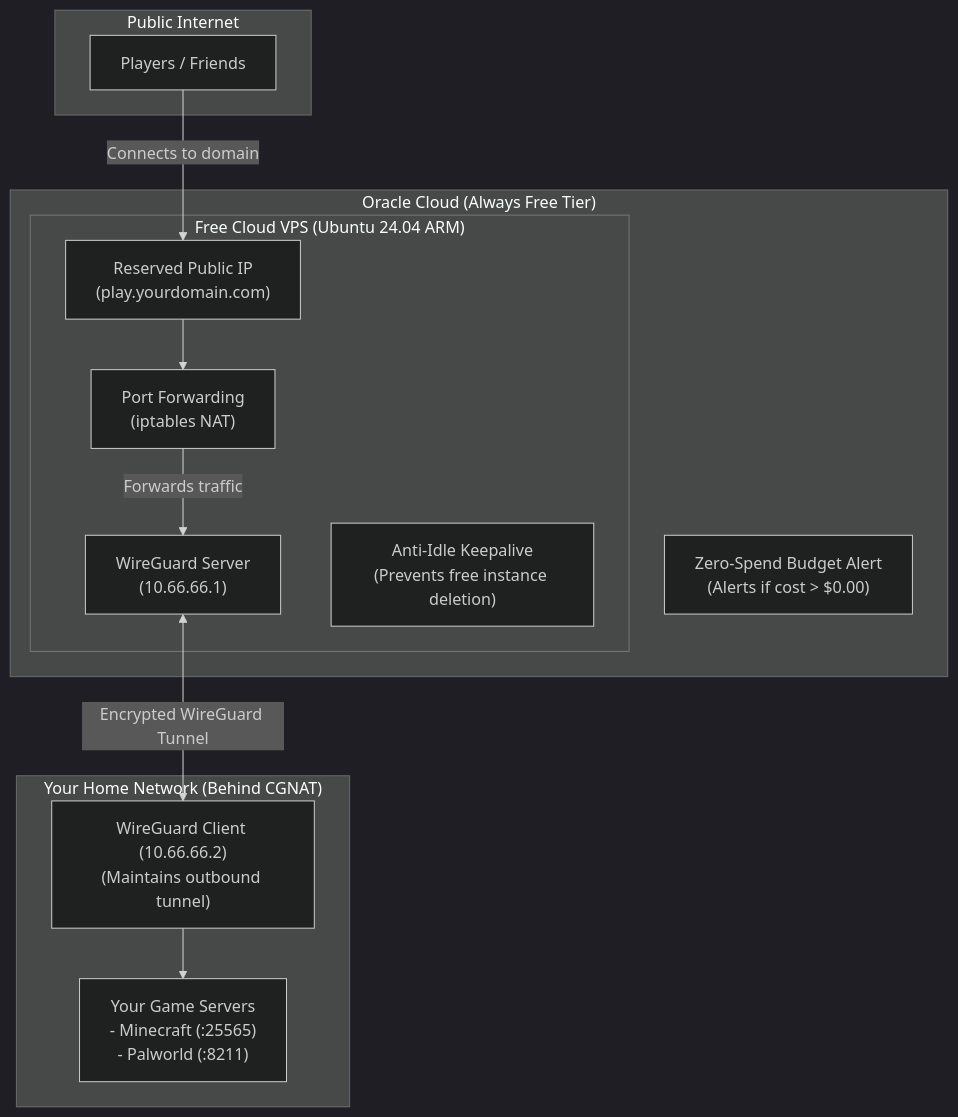
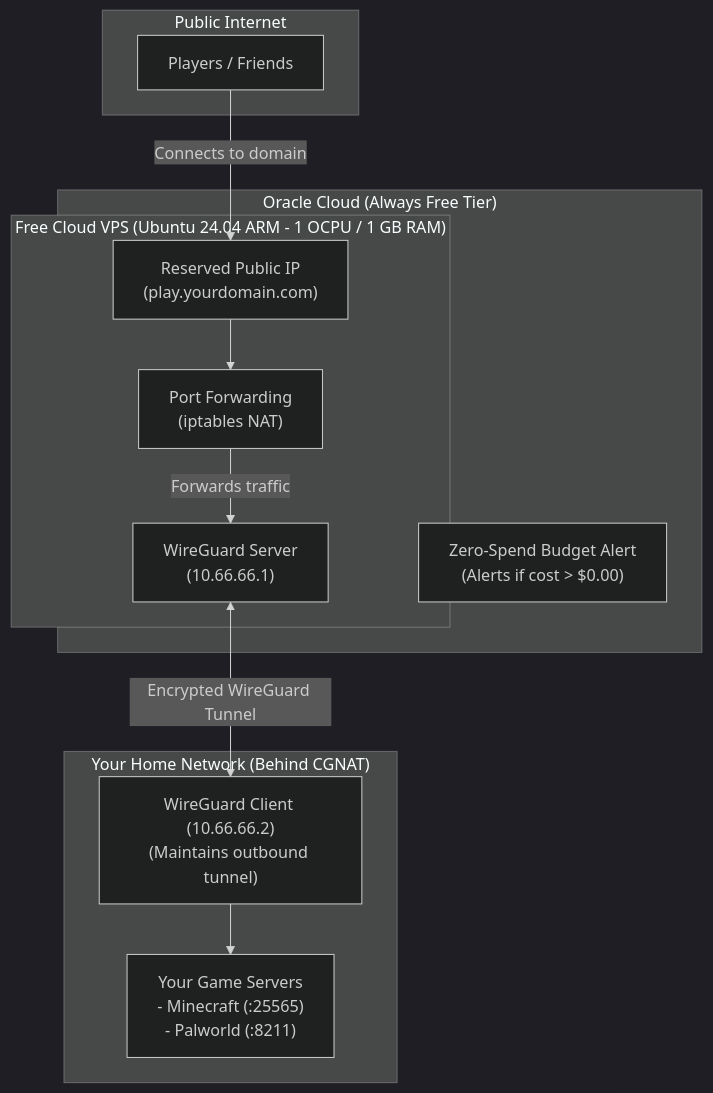
The diagram in README.md (FranzTamani/free-vps-wireguard-relay), drawn with Mermaid (dark theme) before and after one commit. The commit also changed other lines of this file and 9 other files, not shown here.

Commit message:
feat: optimize default instance to 1GB RAM, remove anti-idle keepalive, and update README

````diff
--- a/README.md
+++ b/README.md
@@ -15,27 +33,26 @@
 ```mermaid
 flowchart TD
     subgraph Internet ["Public Internet"]
         Players["Players / Friends"]
     end
 
     subgraph OCI ["Oracle Cloud (Always Free Tier)"]
-        subgraph VPS ["Free Cloud VPS (Ubuntu 24.04 ARM)"]
+        subgraph VPS ["Free Cloud VPS (Ubuntu 24.04 ARM - 1 OCPU / 1 GB RAM)"]
             PublicIP["Reserved Public IP<br/>(play.yourdomain.com)"]
             IPTables["Port Forwarding<br/>(iptables NAT)"]
             WGServer["WireGuard Server<br/>(10.66.66.1)"]
-            AntiIdle["Anti-Idle Keepalive<br/>(Prevents free instance deletion)"]
         end
         Budget["Zero-Spend Budget Alert<br/>(Alerts if cost > $0.00)"]
     end
 
     subgraph Home ["Your Home Network (Behind CGNAT)"]
         WGPilot["WireGuard Client (10.66.66.2)<br/>(Maintains outbound tunnel)"]
         GameServers["Your Game Servers<br/>- Minecraft (:25565)<br/>- Palworld (:8211)"]
     end
 
     Players -->|"Connects to domain"| PublicIP
     PublicIP --> IPTables
     IPTables -->|"Forwards traffic"| WGServer
     WGServer <-->|"Encrypted WireGuard Tunnel"| WGPilot
     WGPilot --> GameServers
 ```
````
